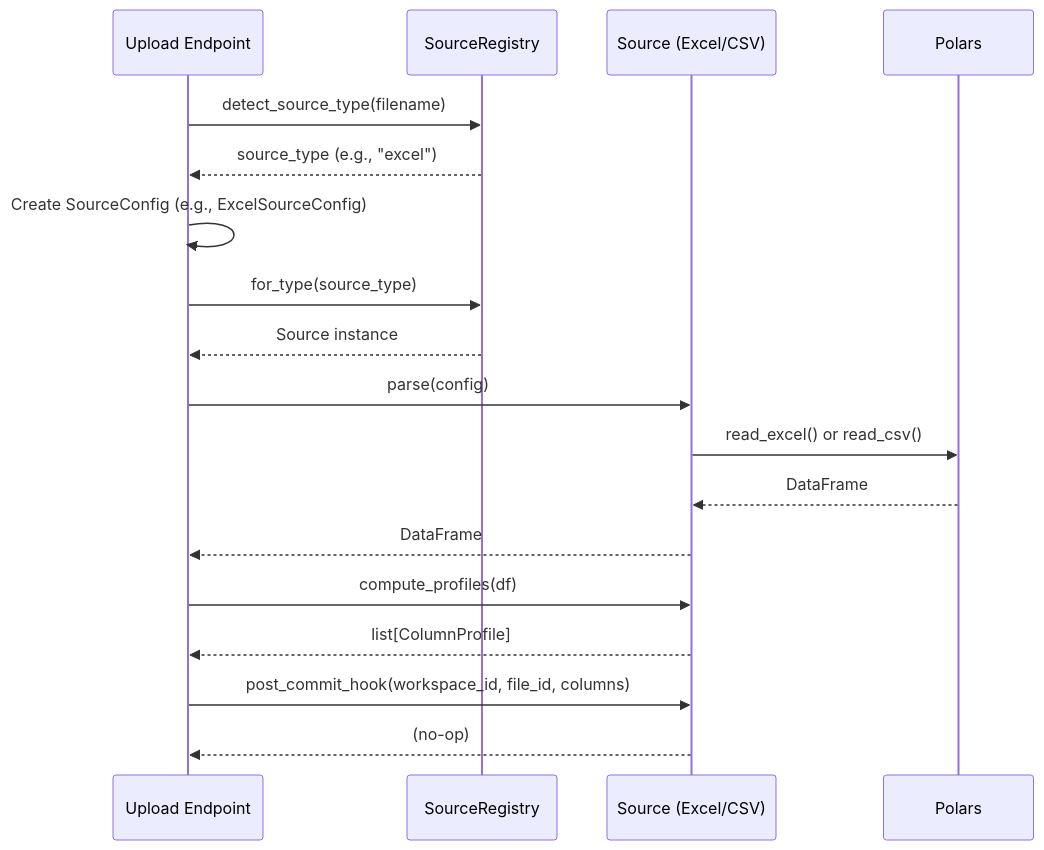
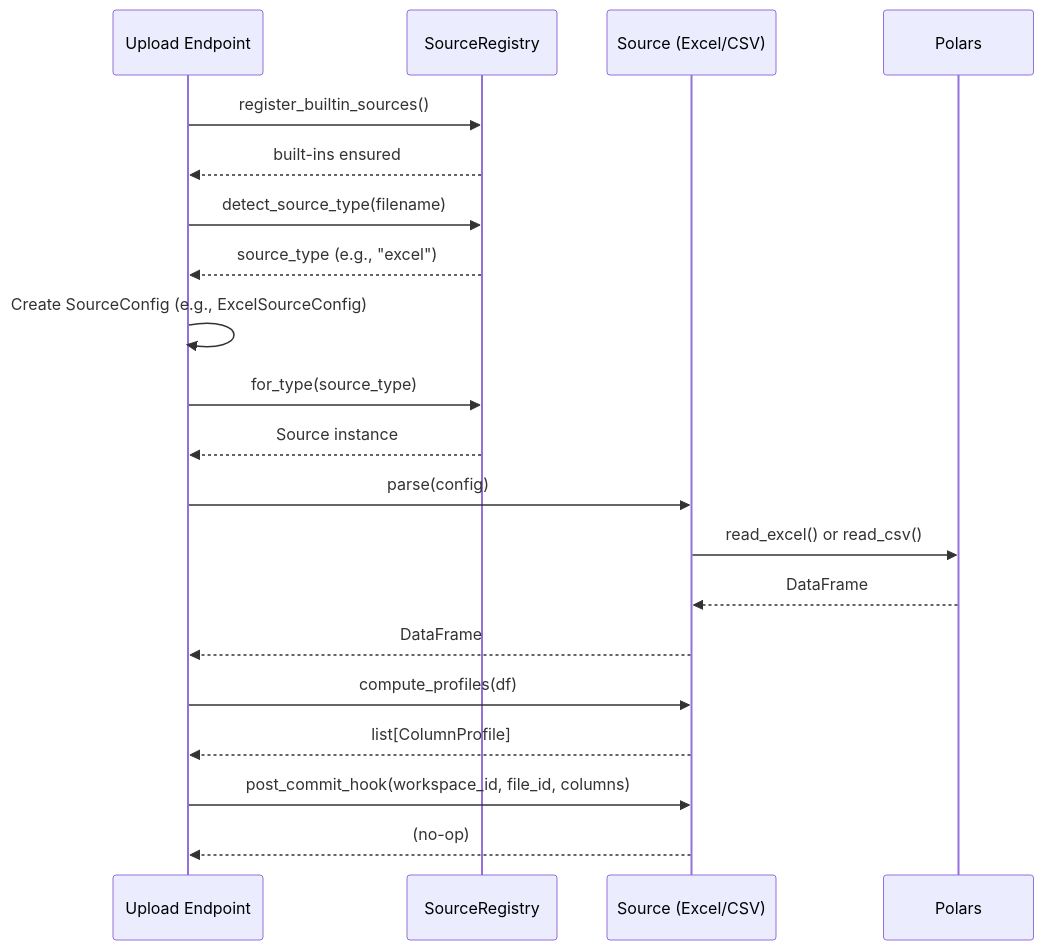
One commit to pasxd245/my-dynamic-dashboard changed the second of 2 diagrams in specs/010-source-provider-abstraction/data-model.md. Above: the diagram before and after it, drawn with Mermaid. The commit also changed other lines of this file and 33 other files, not shown here.

````diff
--- a/specs/010-source-provider-abstraction/data-model.md
+++ b/specs/010-source-provider-abstraction/data-model.md
@@ -350,26 +350,29 @@
 ```mermaid
 sequenceDiagram
     participant Upload Endpoint
     participant SourceRegistry
     participant Source (Excel/CSV)
     participant Polars
+
+    Upload Endpoint->>SourceRegistry: register_builtin_sources()
+    SourceRegistry-->>Upload Endpoint: built-ins ensured
 
     Upload Endpoint->>SourceRegistry: detect_source_type(filename)
     SourceRegistry-->>Upload Endpoint: source_type (e.g., "excel")
 
     Upload Endpoint->>Upload Endpoint: Create SourceConfig (e.g., ExcelSourceConfig)
 
     Upload Endpoint->>SourceRegistry: for_type(source_type)
     SourceRegistry-->>Upload Endpoint: Source instance
 
     Upload Endpoint->>Source (Excel/CSV): parse(config)
     Source (Excel/CSV)->>Polars: read_excel() or read_csv()
     Polars-->>Source (Excel/CSV): DataFrame
     Source (Excel/CSV)-->>Upload Endpoint: DataFrame
 
     Upload Endpoint->>Source (Excel/CSV): compute_profiles(df)
     Source (Excel/CSV)-->>Upload Endpoint: list[ColumnProfile]
 
     Upload Endpoint->>Source (Excel/CSV): post_commit_hook(workspace_id, file_id, columns)
     Source (Excel/CSV)-->>Upload Endpoint: (no-op)
 ```
````
